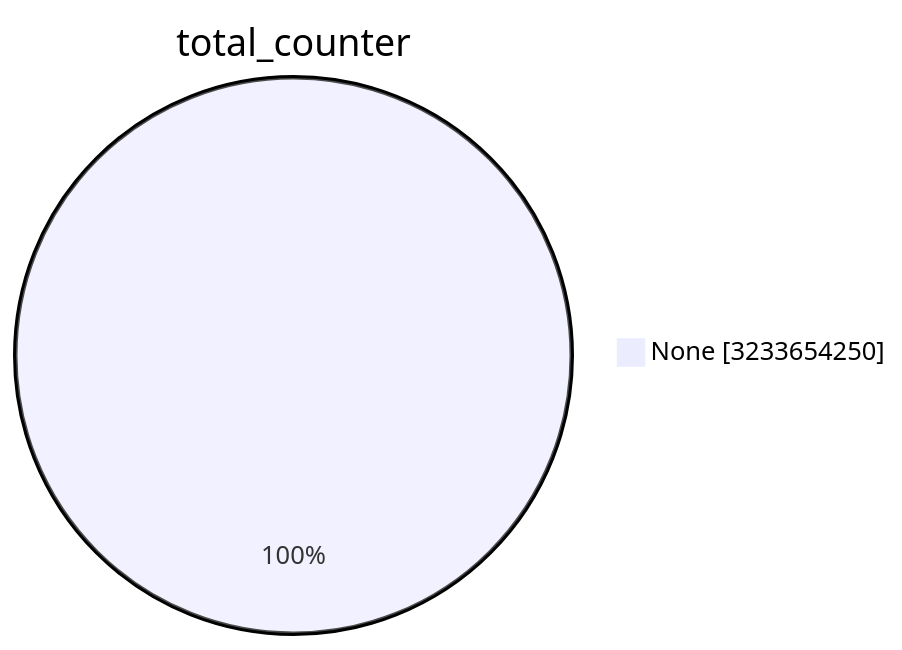
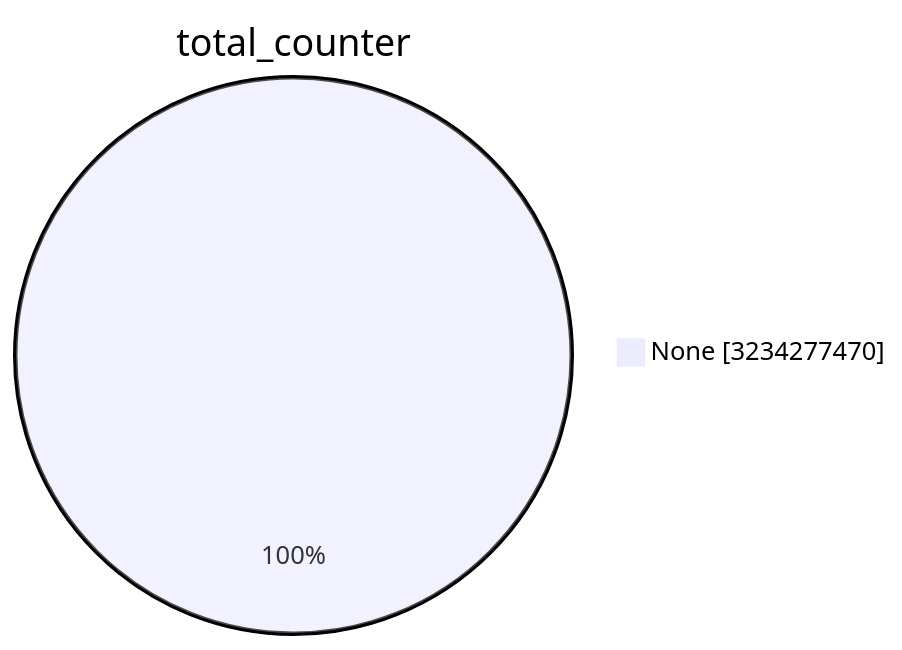
One commit to christiankrug/ctmonitor_visualization changed the first of 15 diagrams in TOTAL/README.md. Above: the diagram before and after it, drawn with Mermaid. The commit also changed other lines of this file, not shown here.

````diff
--- a/TOTAL/README.md
+++ b/TOTAL/README.md
@@ -1,5 +1,5 @@
 ```mermaid
 pie showData
 title total_counter
-"None" :3233654250
+"None" :3234277470
 ```
````
